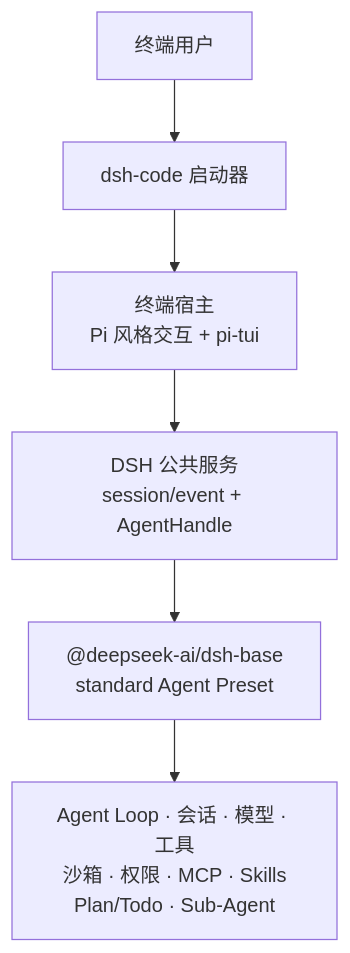
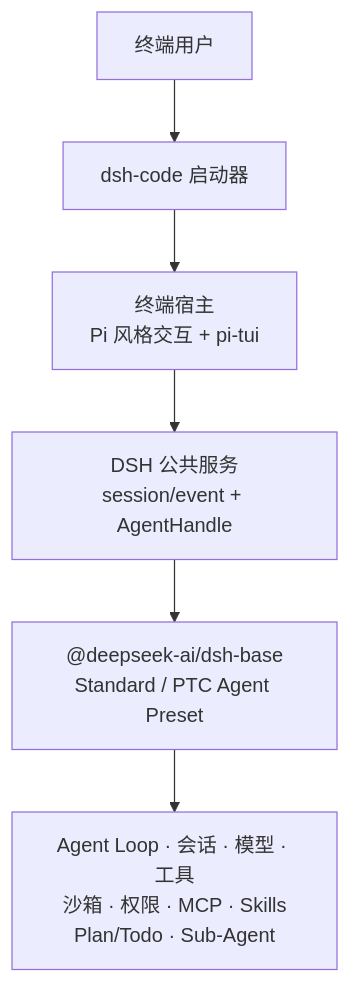
Before and after one commit to guoxiucai/dsh-code: the diagram in README.zh-CN.md, drawn with Mermaid. The commit also changed other lines of this file and 25 other files, not shown here.

Commit message:
feat(tui): add Standard and PTC session modes

````diff
--- a/README.zh-CN.md
+++ b/README.zh-CN.md
@@ -124,8 +126,8 @@
 ```mermaid
 flowchart TB
   User["终端用户"] --> CLI["dsh-code 启动器"]
   CLI --> TUI["终端宿主<br/>Pi 风格交互 + pi-tui"]
   TUI --> API["DSH 公共服务<br/>session/event + AgentHandle"]
-  API --> DSH["@deepseek-ai/dsh-base<br/>standard Agent Preset"]
+  API --> DSH["@deepseek-ai/dsh-base<br/>Standard / PTC Agent Preset"]
   DSH --> Runtime["Agent Loop · 会话 · 模型 · 工具<br/>沙箱 · 权限 · MCP · Skills<br/>Plan/Todo · Sub-Agent"]
 ```
````
